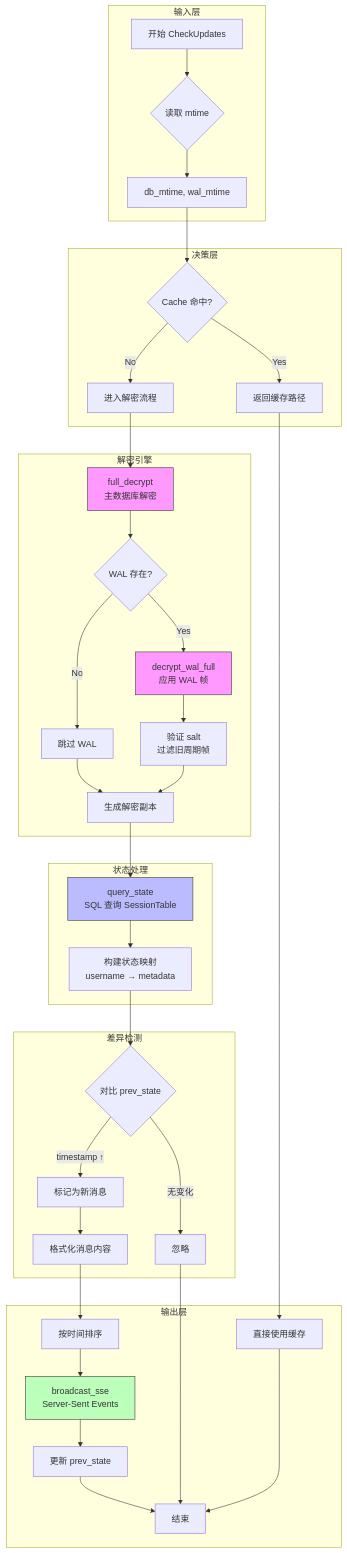
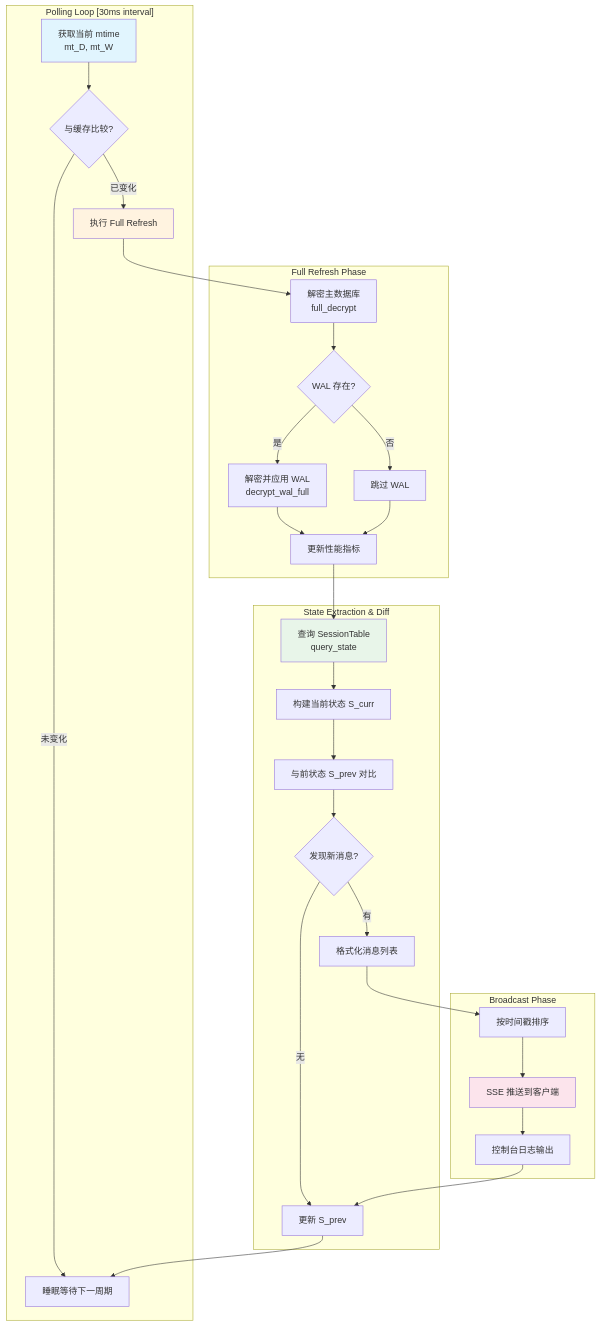
One commit to nerdneilsfield/code-wiki-pages changed the second of 3 diagrams in public/wechat-decrypt/guide-core-algorithms-incremental-db-monitoring.md. Above: the diagram before and after it, drawn with Mermaid. The commit also changed other lines of this file and 33 other files, not shown here.

````diff
--- a/public/wechat-decrypt/guide-core-algorithms-incremental-db-monitoring.md
+++ b/public/wechat-decrypt/guide-core-algorithms-incremental-db-monitoring.md
@@ -248,49 +286,40 @@
 ```mermaid
 flowchart TD
-    subgraph "输入层"
-        A[开始 CheckUpdates] --> B{读取 mtime}
-        B --> C[db_mtime, wal_mtime]
+    subgraph "Polling Loop [30ms interval]"
+        A[获取当前 mtime<br/>mt_D, mt_W] --> B{与缓存比较?}
+        B -->|未变化| Z[睡眠等待下一周期]
+        B -->|已变化| C[执行 Full Refresh]
     end
     
-    subgraph "决策层"
-        C --> D{Cache 命中?}
-        D -->|Yes| E[返回缓存路径]
-        D -->|No| F[进入解密流程]
+    subgraph "Full Refresh Phase"
+        C --> D[解密主数据库<br/>full_decrypt]
+        D --> E{WAL 存在?}
+        E -->|是| F[解密并应用 WAL<br/>decrypt_wal_full]
+        E -->|否| G[跳过 WAL]
+        F --> H[更新性能指标]
+        G --> H
     end
     
-    subgraph "解密引擎"
-        F --> G[full_decrypt<br/>主数据库解密]
-        G --> H{WAL 存在?}
-        H -->|Yes| I[decrypt_wal_full<br/>应用 WAL 帧]
-        H -->|No| J[跳过 WAL]
-        I --> K[验证 salt<br/>过滤旧周期帧]
-        J --> L[生成解密副本]
-        K --> L
+    subgraph "State Extraction & Diff"
+        H --> I[查询 SessionTable<br/>query_state]
+        I --> J[构建当前状态 S_curr]
+        J --> K[与前状态 S_prev 对比]
+        K --> L{发现新消息?}
+        L -->|无| M[更新 S_prev]
+        L -->|有| N[格式化消息列表]
     end
     
-    subgraph "状态处理"
-        L --> M[query_state<br/>SQL 查询 SessionTable]
-        M --> N[构建状态映射<br/>username → metadata]
+    subgraph "Broadcast Phase"
+        N --> O[按时间戳排序]
+        O --> P[SSE 推送到客户端]
+        P --> Q[控制台日志输出]
+        Q --> M
     end
     
-    subgraph "差异检测"
-        N --> O{对比 prev_state}
-        O -->|timestamp ↑| P[标记为新消息]
-        O -->|无变化| Q[忽略]
-        P --> R[格式化消息内容]
-    end
+    M --> Z
     
-    subgraph "输出层"
-        R --> S[按时间排序]
-        S --> T[broadcast_sse<br/>Server-Sent Events]
-        T --> U[更新 prev_state]
-        U --> V[结束]
-        Q --> V
-        E --> W[直接使用缓存] --> V
-    end
-    
-    style G fill:#f9f,stroke:#333
-    style I fill:#f9f,stroke:#333
-    style M fill:#bbf,stroke:#333
-    style T fill:#bfb,stroke:#333
+    style A fill:#e1f5fe
+    style C fill:#fff3e0
+    style I fill:#e8f5e9
+    style P fill:#fce4ec
 ```
````
